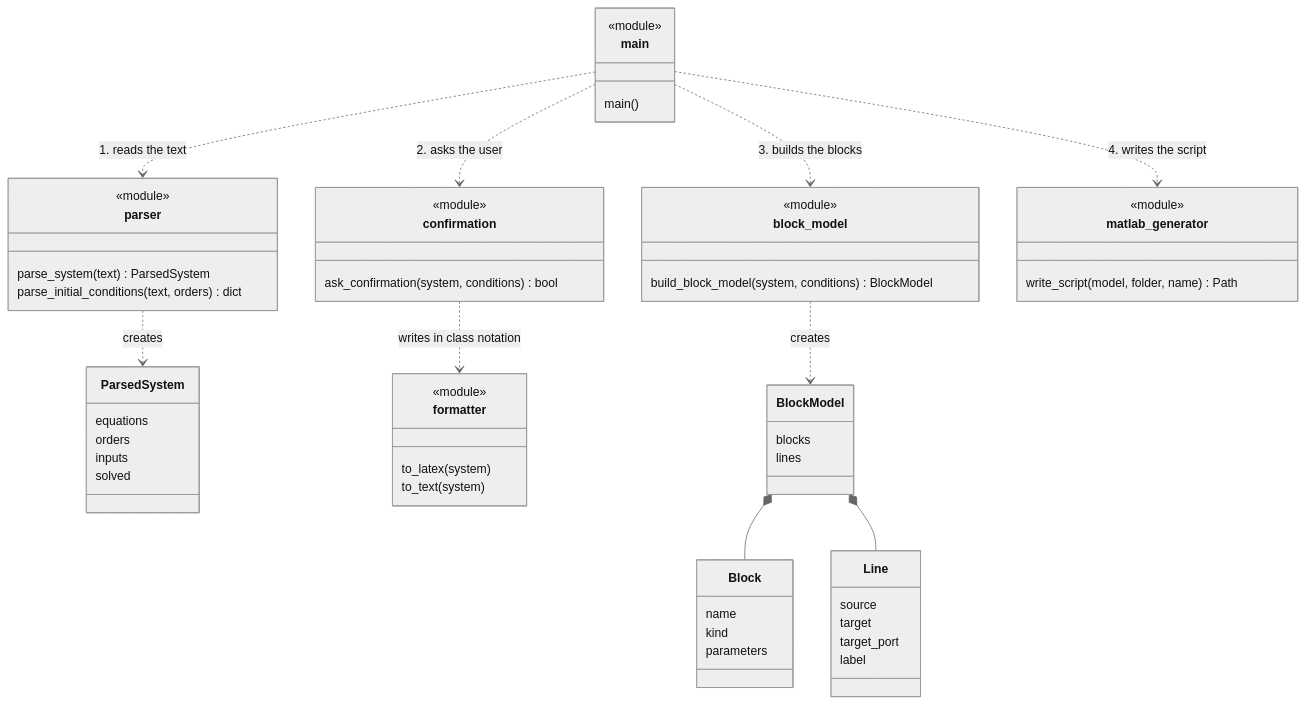
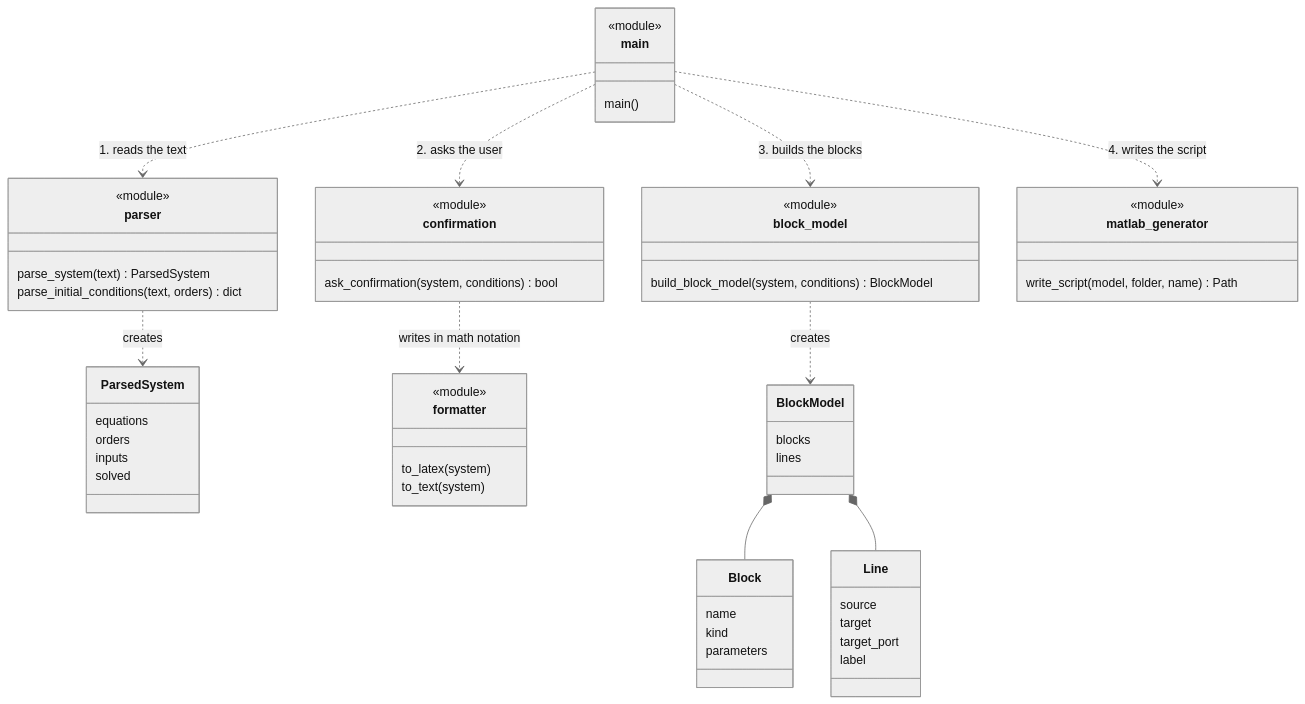
Before and after one commit to simlirette/semestral-work-ite: the diagram in docs/diagrams/modules.mmd, drawn with Mermaid (neutral theme). The commit also changed 16 other files, not shown here.

```diff
--- a/docs/diagrams/modules.mmd
+++ b/docs/diagrams/modules.mmd
@@ -1,58 +1,58 @@
 classDiagram
     direction TB
     class main {
         <<module>>
         main()
     }
     class parser {
         <<module>>
         parse_system(text) ParsedSystem
         parse_initial_conditions(text, orders) dict
     }
     class ParsedSystem {
         equations
         orders
         inputs
         solved
     }
     class confirmation {
         <<module>>
         ask_confirmation(system, conditions) bool
     }
     class formatter {
         <<module>>
         to_latex(system)
         to_text(system)
     }
     class block_model {
         <<module>>
         build_block_model(system, conditions) BlockModel
     }
     class BlockModel {
         blocks
         lines
     }
     class Block {
         name
         kind
         parameters
     }
     class Line {
         source
         target
         target_port
         label
     }
     class matlab_generator {
         <<module>>
         write_script(model, folder, name) Path
     }
     main ..> parser : 1. reads the text
     main ..> confirmation : 2. asks the user
     main ..> block_model : 3. builds the blocks
     main ..> matlab_generator : 4. writes the script
-    confirmation ..> formatter : writes in class notation
+    confirmation ..> formatter : writes in math notation
     parser ..> ParsedSystem : creates
     block_model ..> BlockModel : creates
     BlockModel *-- Block
     BlockModel *-- Line
```
